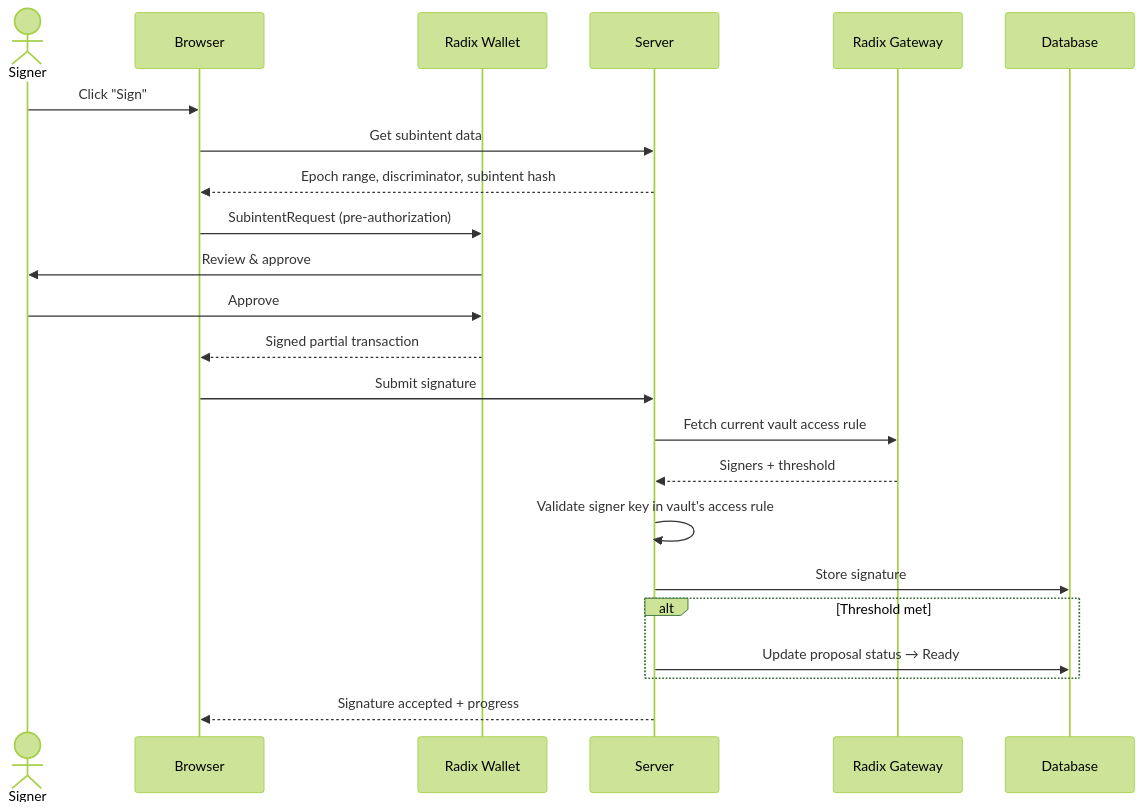
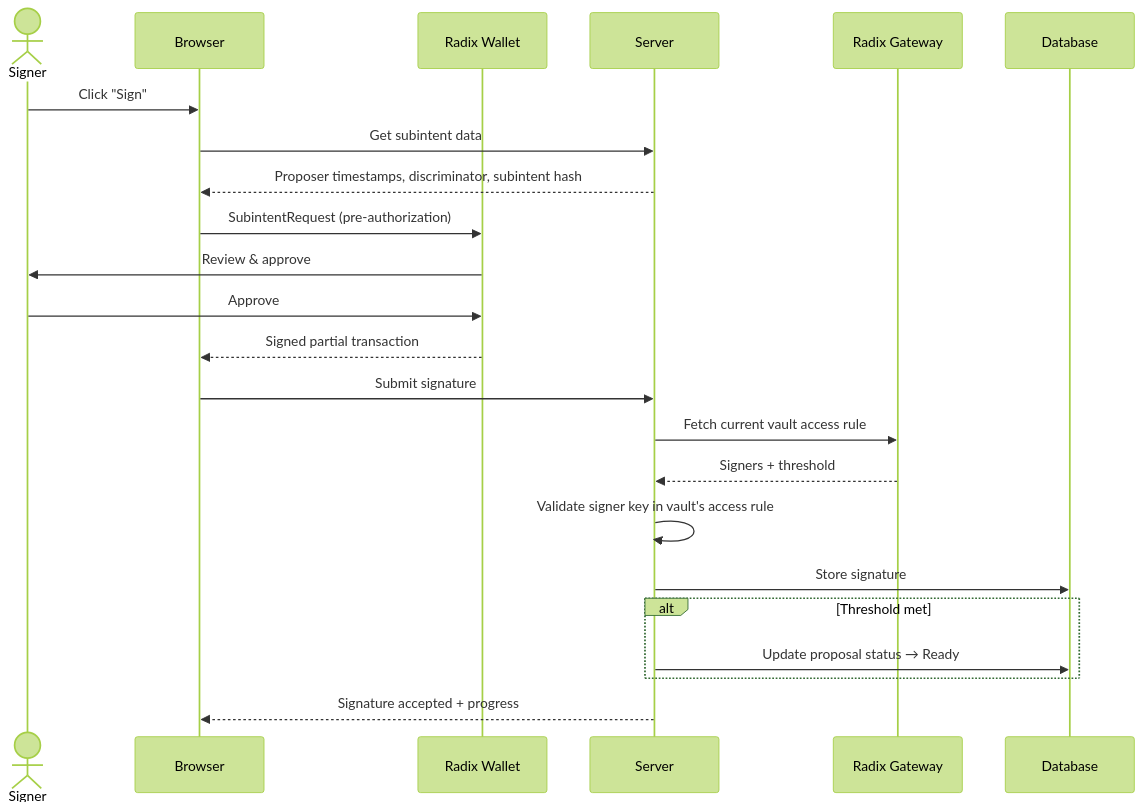
One commit to xstelea/radix-vaults changed the sixth of 8 diagrams in docs/PRODUCT_SCOPE.md. Above: the diagram before and after it, drawn with Mermaid (forest theme). The commit also changed other lines of this file and 1 other file, not shown here.

````diff
--- a/docs/PRODUCT_SCOPE.md
+++ b/docs/PRODUCT_SCOPE.md
@@ -252,26 +246,26 @@
 ```mermaid
 sequenceDiagram
     actor U as Signer
     participant B as Browser
     participant W as Radix Wallet
     participant S as Server
     participant GW as Radix Gateway
     participant DB as Database
 
     U->>B: Click "Sign"
     B->>S: Get subintent data
-    S-->>B: Epoch range, discriminator, subintent hash
+    S-->>B: Proposer timestamps, discriminator, subintent hash
     B->>W: SubintentRequest (pre-authorization)
     W->>U: Review & approve
     U->>W: Approve
     W-->>B: Signed partial transaction
     B->>S: Submit signature
     S->>GW: Fetch current vault access rule
     GW-->>S: Signers + threshold
     S->>S: Validate signer key in vault's access rule
     S->>DB: Store signature
     alt Threshold met
         S->>DB: Update proposal status → Ready
     end
     S-->>B: Signature accepted + progress
 ```
````
